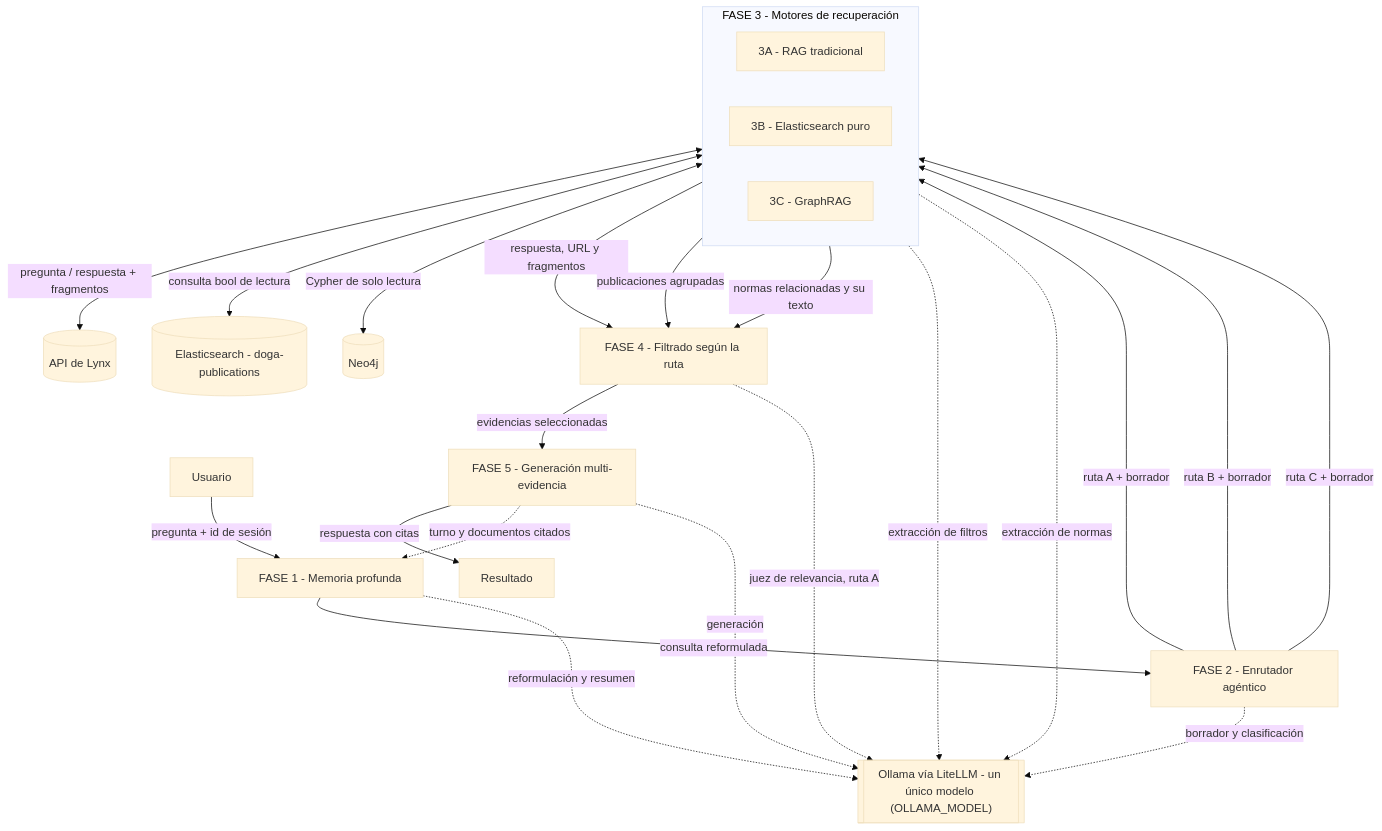
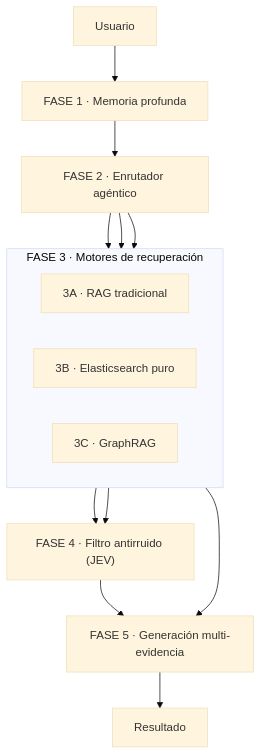
One commit to 4aac/piia2-26 changed the diagram in entregas/cu-09-graphrag-dog/ARCHITECTURE.md. Above: the diagram before and after it, drawn with Mermaid (base theme). The commit also changed other lines of this file and 9 other files, not shown here.

````diff
--- a/entregas/cu-09-graphrag-dog/ARCHITECTURE.md
+++ b/entregas/cu-09-graphrag-dog/ARCHITECTURE.md
@@ -5,35 +5,21 @@
 ```mermaid
 flowchart TD
-    U[Usuario] -->|pregunta + id de sesión| M["FASE 1 - Memoria profunda"]
-    M -->|consulta reformulada| A["FASE 2 - Enrutador agéntico"]
+    U[Usuario] --> M["FASE 1 · Memoria profunda"]
+    M --> A["FASE 2 · Enrutador agéntico"]
 
-    subgraph R["FASE 3 - Motores de recuperación"]
+    subgraph R["FASE 3 · Motores de recuperación"]
         direction LR
-        RAG["3A - RAG tradicional"]
-        ES["3B - Elasticsearch puro"]
-        G["3C - GraphRAG"]
+        RAG["3A · RAG tradicional"]
+        ES["3B · Elasticsearch puro"]
+        G["3C · GraphRAG"]
     end
 
-    A -->|ruta A + borrador| RAG
-    A -->|ruta B + borrador| ES
-    A -->|ruta C + borrador| G
-
-    RAG <-->|pregunta / respuesta + fragmentos| LYNX[("API de Lynx")]
-    ES <-->|consulta bool de lectura| IDX[("Elasticsearch - doga-publications")]
-    G <-->|Cypher de solo lectura| NEO[("Neo4j")]
-
-    RAG -->|respuesta, URL y fragmentos| F["FASE 4 - Filtrado según la ruta"]
-    ES -->|publicaciones agrupadas| F
-    G -->|normas relacionadas y su texto| F
-    F -->|evidencias seleccionadas| L["FASE 5 - Generación multi-evidencia"]
-    L -->|respuesta con citas| O[Resultado]
-    L -. turno y documentos citados .-> M
-
-    LLM[["Ollama vía LiteLLM - un único modelo (OLLAMA_MODEL)"]]
-    M -. reformulación y resumen .-> LLM
-    A -. borrador y clasificación .-> LLM
-    ES -. extracción de filtros .-> LLM
-    G -. extracción de normas .-> LLM
-    F -. juez de relevancia, ruta A .-> LLM
-    L -. generación .-> LLM
+    A --> RAG
+    A --> ES
+    A --> G
+    RAG --> F["FASE 4 · Filtro antirruido (JEV)"]
+    ES --> L
+    G --> F
+    F --> L["FASE 5 · Generación multi-evidencia"]
+    L --> O[Resultado]
 ```
````
